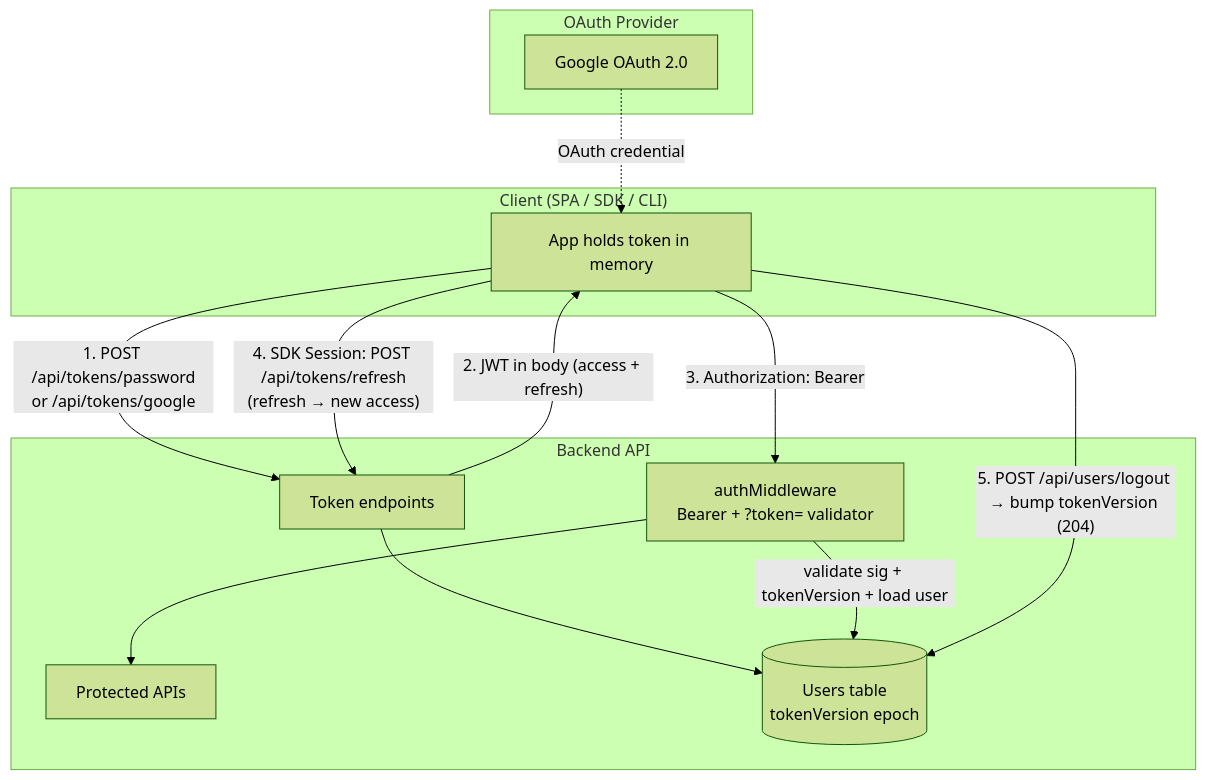
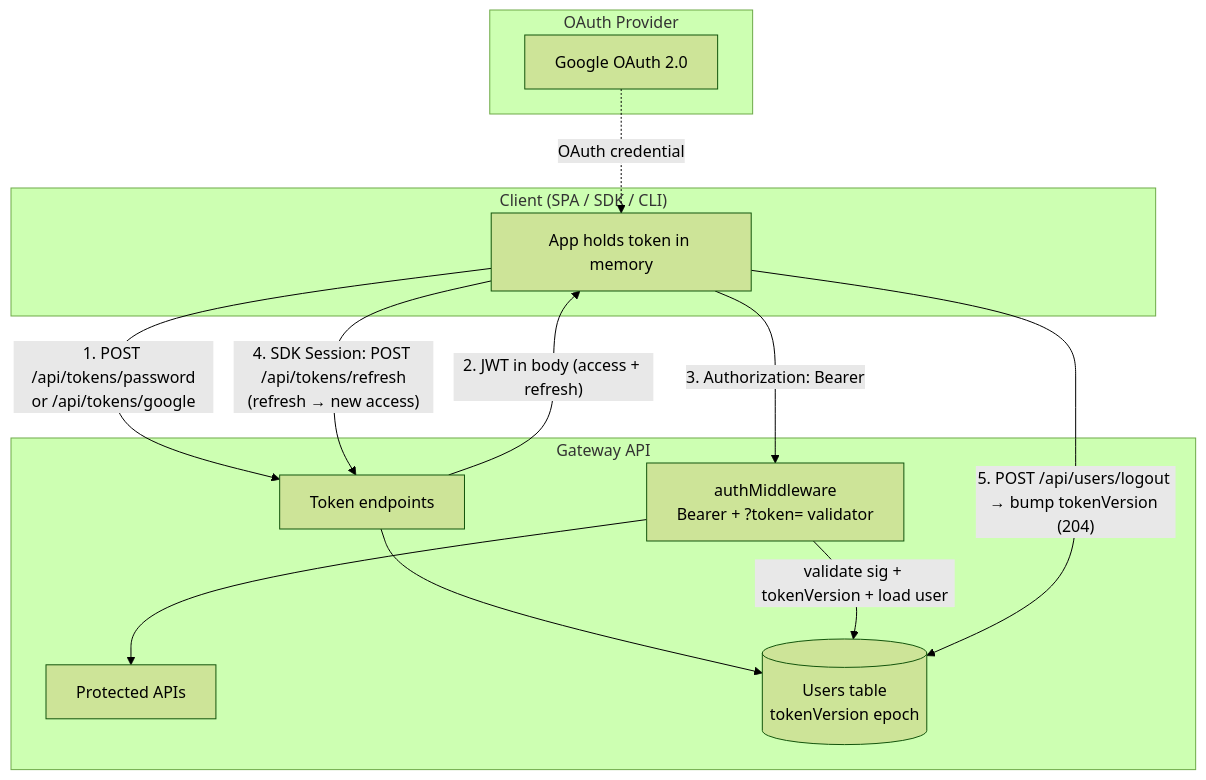
Before and after one commit to The-AI-Alliance/semiont: the diagram in docs/system/administration/AUTHENTICATION.md, drawn with Mermaid (forest theme). The commit also changed other lines of this file and 529 other files, not shown here.

First line of the commit message:
backend → gateway: rename every surface, with one compat alias for the fleet's config key (#1257)

````diff
--- a/docs/system/administration/AUTHENTICATION.md
+++ b/docs/system/administration/AUTHENTICATION.md
@@ -21,28 +21,28 @@
 ```mermaid
 graph TB
     subgraph "Client (SPA / SDK / CLI)"
         App[App holds token in memory]
     end
 
     subgraph "OAuth Provider"
         Google[Google OAuth 2.0]
     end
 
-    subgraph "Backend API"
+    subgraph "Gateway API"
         TokenGen[Token endpoints]
         MW[authMiddleware<br/>Bearer + ?token= validator]
         API[Protected APIs]
         Users[(Users table<br/>tokenVersion epoch)]
     end
 
     App -->|"1. POST /api/tokens/password<br/>or /api/tokens/google"| TokenGen
     Google -.->|OAuth credential| App
     TokenGen -->|"2. JWT in body (access + refresh)"| App
     TokenGen --> Users
 
     App -->|"3. Authorization: Bearer <access>"| MW
     MW -->|"validate sig + tokenVersion + load user"| Users
     MW --> API
     App -->|"4. SDK Session: POST /api/tokens/refresh<br/>(refresh → new access)"| TokenGen
     App -->|"5. POST /api/users/logout → bump tokenVersion (204)"| Users
 ```
````
